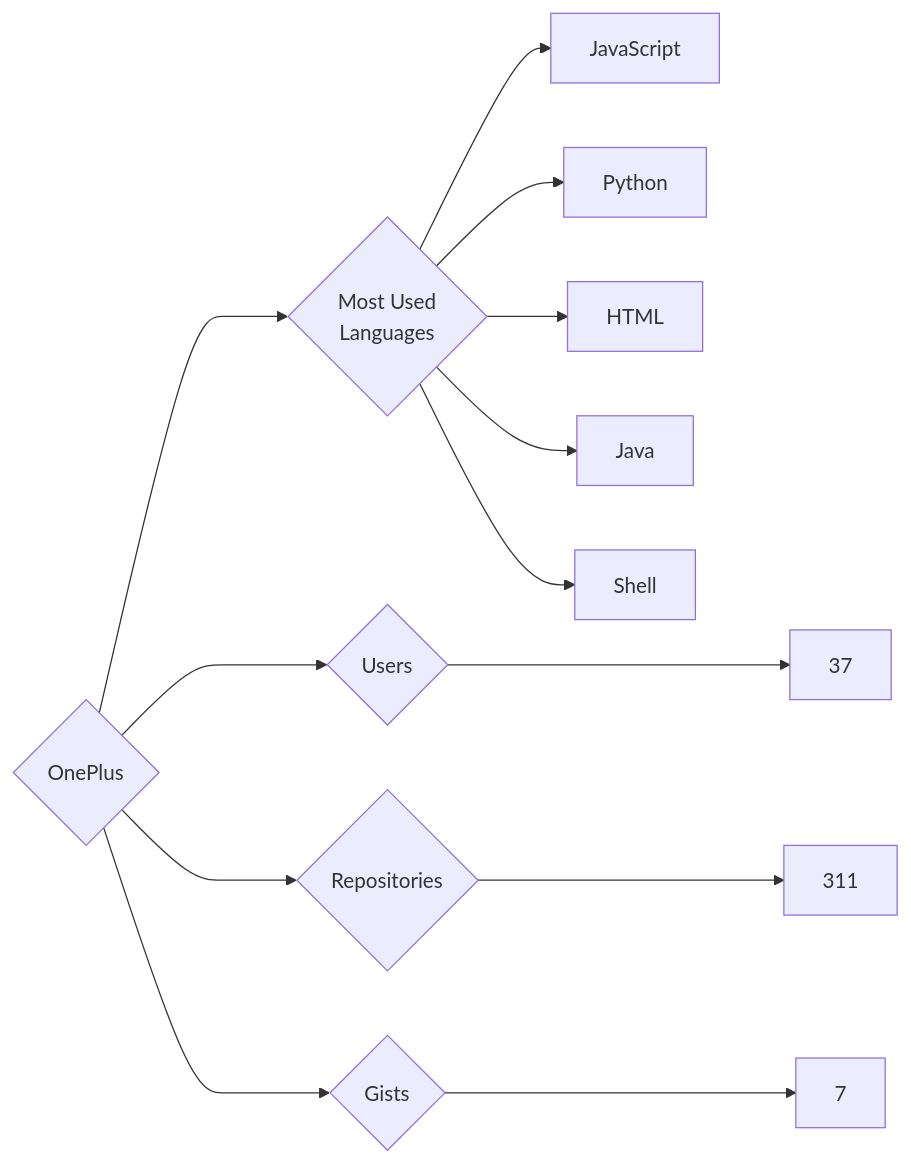
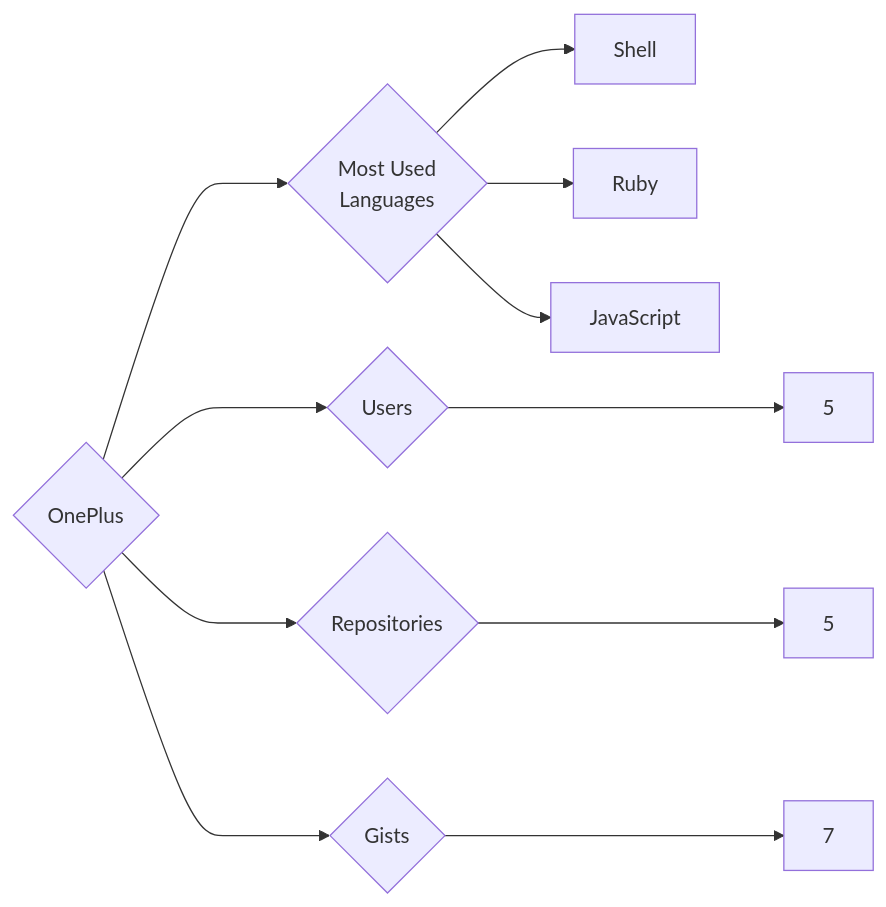
The diagram in targets/OnePlus/README.md (trickest/insiders), drawn with Mermaid before and after one commit. The commit also changed 444 other files, not shown here.

````diff
--- a/targets/OnePlus/README.md
+++ b/targets/OnePlus/README.md
@@ -3,13 +3,11 @@
 ```mermaid
 graph LR
 COMPANY_NAME{OnePlus}
-COMPANY_NAME ---> U{Users} ---> UN[37]
-COMPANY_NAME ---> R{Repositories} ---> RN[311]
+COMPANY_NAME ---> U{Users} ---> UN[5]
+COMPANY_NAME ---> R{Repositories} ---> RN[5]
 COMPANY_NAME ---> G{Gists} ---> GN[7]
 COMPANY_NAME ---> ML{Most Used<br>Languages}
+ML --> Shell[Shell]
+ML --> Ruby[Ruby]
 ML --> JavaScript[JavaScript]
-ML --> Python[Python]
-ML --> HTML[HTML]
-ML --> Java[Java]
-ML --> Shell[Shell]
 ```
````
